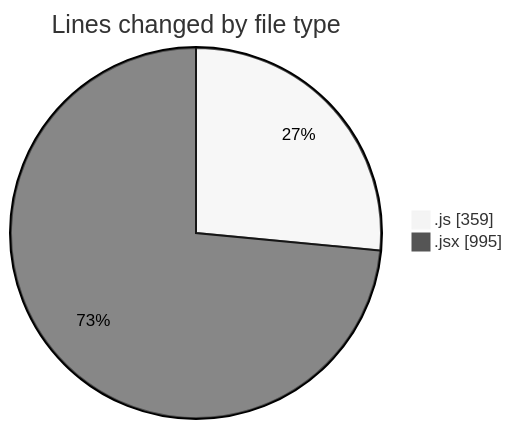
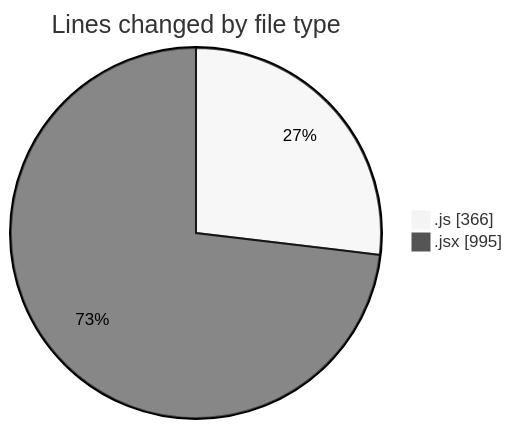
Before and after one commit to nxtqubesakshisongat/code-tracking: the first of 2 diagrams in 2025-11-12/argos/README.md, drawn with Mermaid (neutral theme). The commit also changed other lines of this file and 1 other file, not shown here.

````diff
--- a/2025-11-12/argos/README.md
+++ b/2025-11-12/argos/README.md
@@ -22,6 +22,6 @@
 ```mermaid
 pie showData
 title Lines changed by file type
-".js" : 359
+".js" : 366
 ".jsx" : 995
 ```
````
